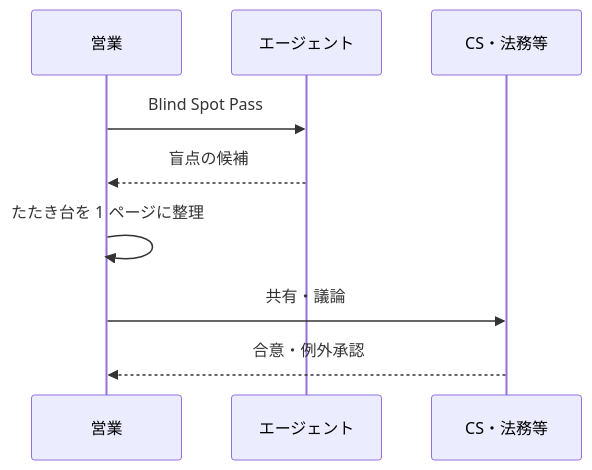
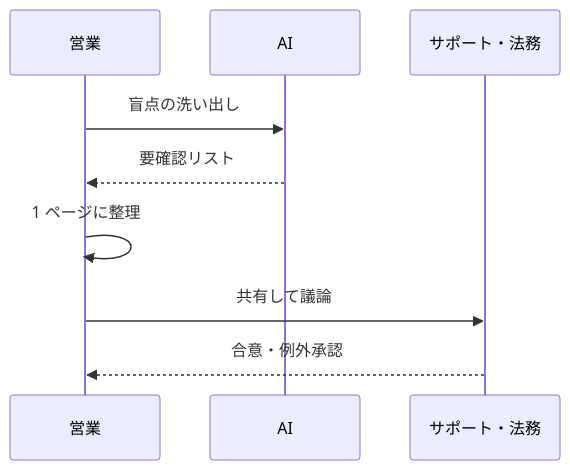
The diagram in articles/fable5-finding-unknowns-enterprise.md (DevRev-JP/tech-blog), drawn with Mermaid before and after one commit. The commit also changed other lines of this file, not shown here.

````diff
--- a/articles/fable5-finding-unknowns-enterprise.md
+++ b/articles/fable5-finding-unknowns-enterprise.md
@@ -113,12 +139,12 @@
 ```mermaid
 sequenceDiagram
     participant Sales as 営業
-    participant Agent as エージェント
-    participant Team as CS・法務等
+    participant Agent as AI
+    participant Team as サポート・法務
 
-    Sales->>Agent: Blind Spot Pass
-    Agent-->>Sales: 盲点の候補
-    Sales->>Sales: たたき台を 1 ページに整理
-    Sales->>Team: 共有・議論
+    Sales->>Agent: 盲点の洗い出し
+    Agent-->>Sales: 要確認リスト
+    Sales->>Sales: 1 ページに整理
+    Sales->>Team: 共有して議論
     Team-->>Sales: 合意・例外承認
 ```
````
